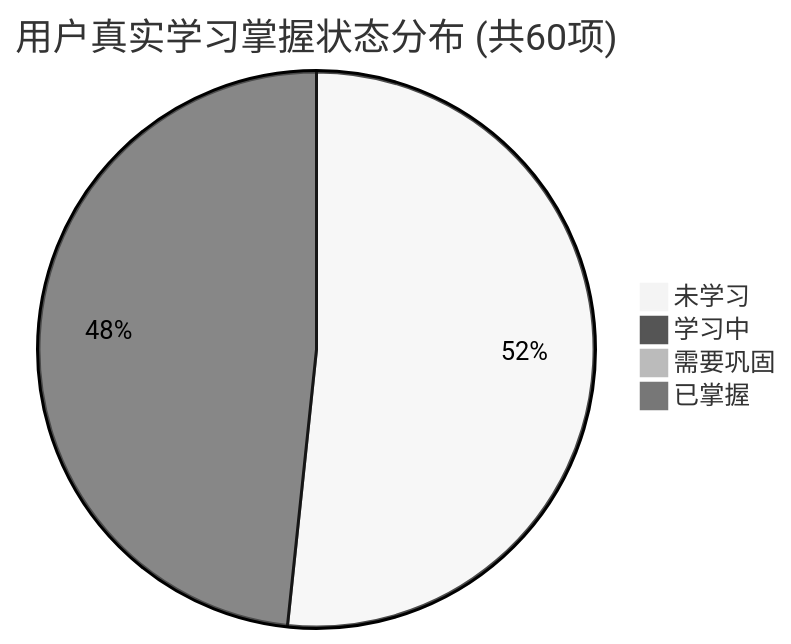
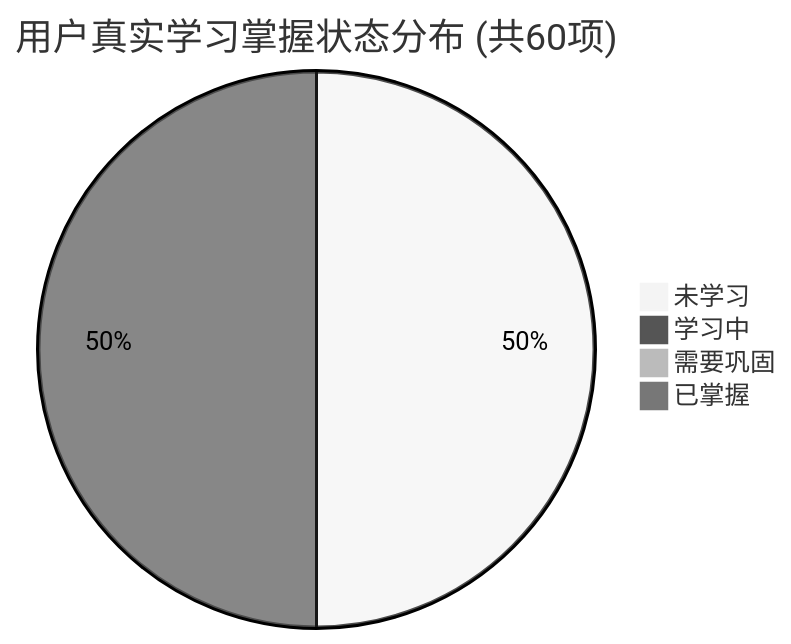
The first of 2 diagrams in PROGRESS.md (tieke1121/tech-interview-knowledge-base), drawn with Mermaid (neutral theme) before and after one commit. The commit also changed other lines of this file and 1 other file, not shown here.

````diff
--- a/PROGRESS.md
+++ b/PROGRESS.md
@@ -27,7 +27,7 @@
 ```mermaid
 pie title 用户真实学习掌握状态分布 (共60项)
-    "未学习" : 31
-    "学习中" : 29
+    "未学习" : 30
+    "学习中" : 30
     "需要巩固" : 0
     "已掌握" : 0
 ```
````
